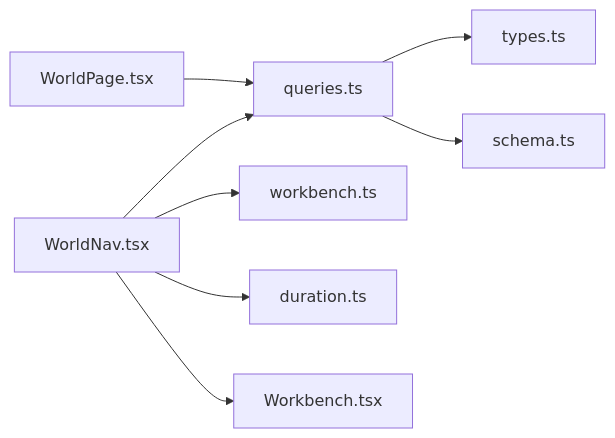
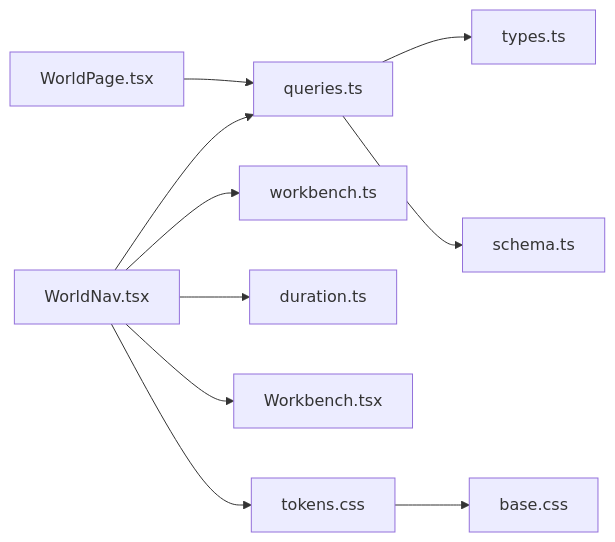
One commit to huangyilu/wanwuyishi changed the seventh of 7 diagrams in .qoder/repowiki/zh/content/核心功能模块/世界库浏览模块/世界库导航组件.md. Above: the diagram before and after it, drawn with Mermaid. The commit also changed other lines of this file and 108 other files, not shown here.

````diff
--- a/.qoder/repowiki/zh/content/核心功能模块/世界库浏览模块/世界库导航组件.md
+++ b/.qoder/repowiki/zh/content/核心功能模块/世界库浏览模块/世界库导航组件.md
@@ -310,10 +349,12 @@
 ```mermaid
 graph LR
 WN["WorldNav.tsx"] --> Q["queries.ts"]
 WN --> WB["workbench.ts"]
 WN --> DUR["duration.ts"]
 Q --> T["types.ts"]
 Q --> S["schema.ts"]
 WN --> TR["Workbench.tsx"]
 WP["WorldPage.tsx"] --> Q
+WN --> TK["tokens.css"]
+TK --> BC["base.css"]
 ```
````
